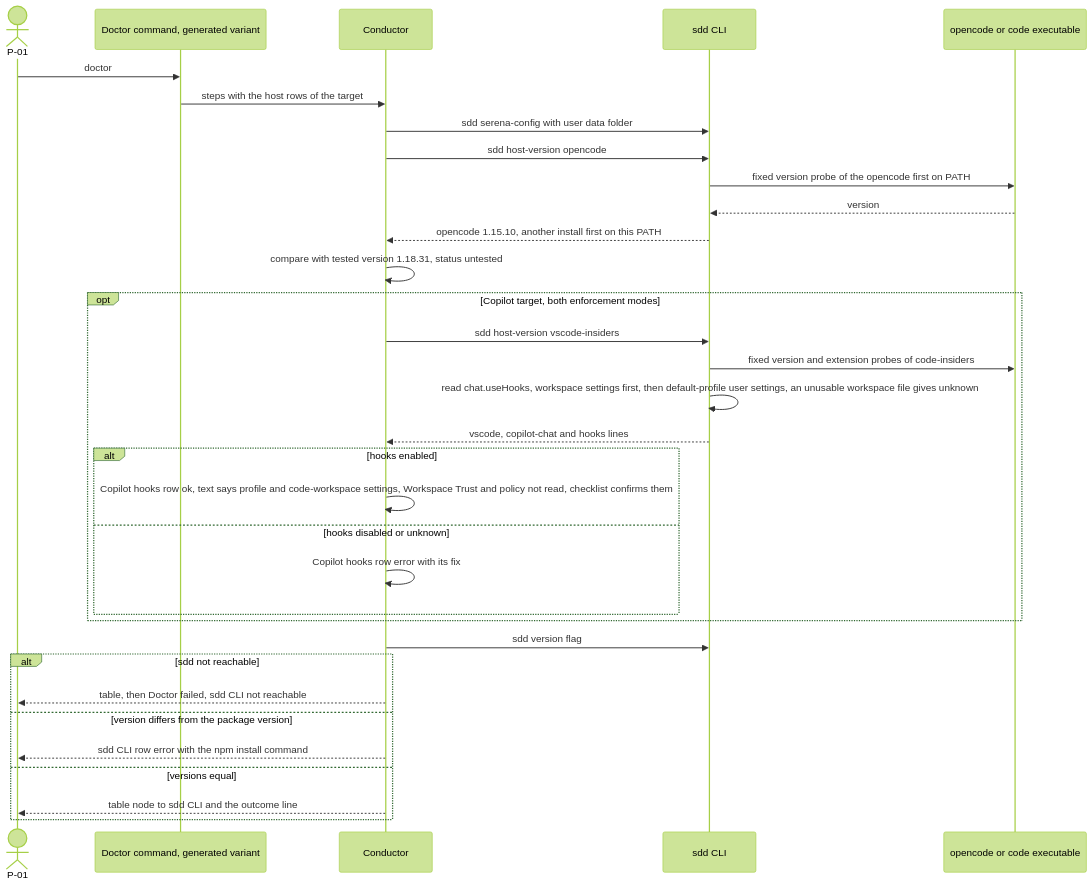
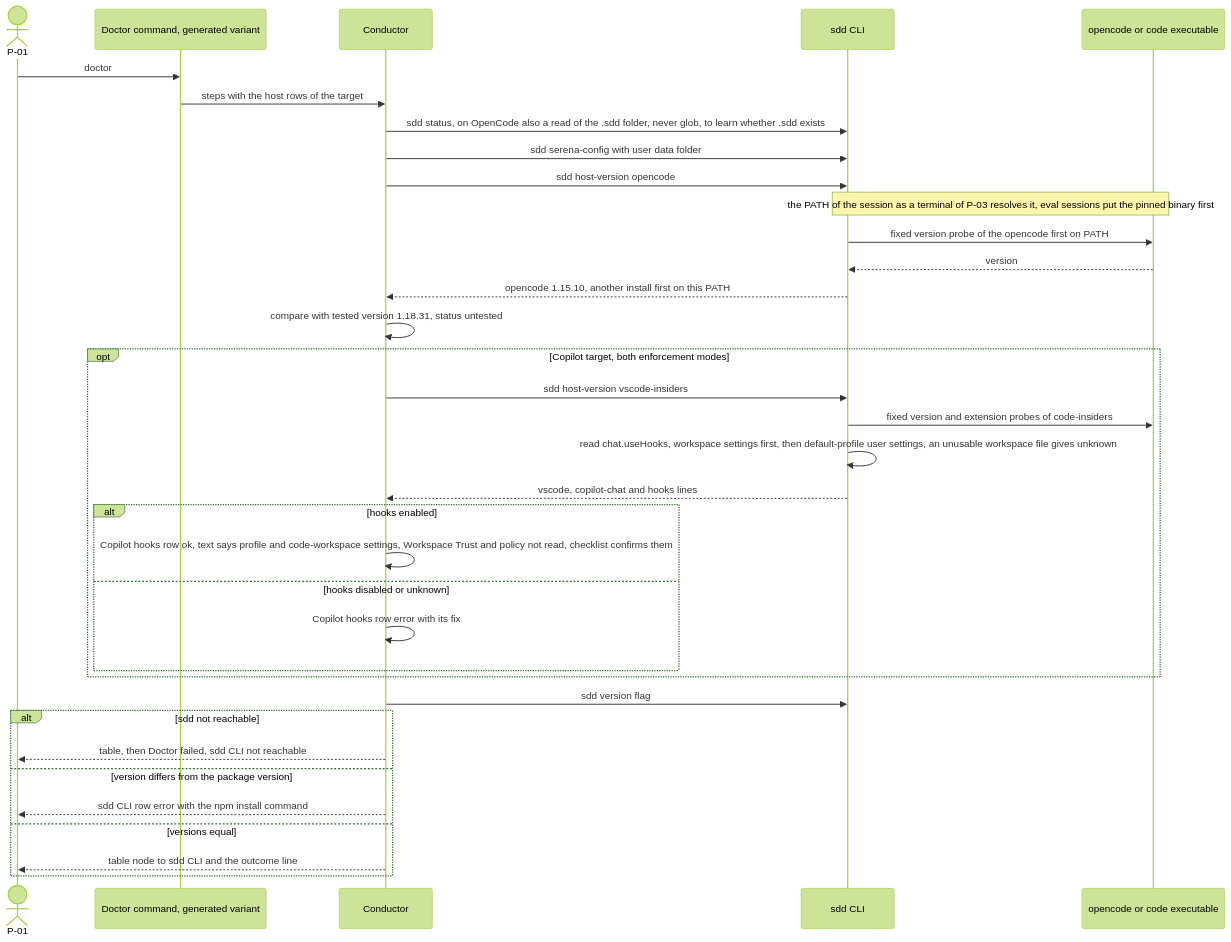
The ninth of 15 diagrams in .sdd/002-multi-platform-targets/10-spec/60-architecture/architecture.md (jlacube/spec-architect), drawn with Mermaid (forest theme) before and after one commit. The commit also changed other lines of this file and 10 other files, not shown here.

````diff
--- a/.sdd/002-multi-platform-targets/10-spec/60-architecture/architecture.md
+++ b/.sdd/002-multi-platform-targets/10-spec/60-architecture/architecture.md
@@ -729,36 +745,38 @@
 ```mermaid
 sequenceDiagram
   %% F8 doctor with host rows. Realizes C002-TS-506 C002-TS-509 C002-TS-513 C002-TS-515 C002-TS-516
   actor P01 as P-01
   participant C002_COMP_015 as Doctor command, generated variant
   participant C002_COMP_014 as Conductor
   participant C002_COMP_018 as sdd CLI
   participant HOST as opencode or code executable
   P01->>C002_COMP_015: doctor
   C002_COMP_015->>C002_COMP_014: steps with the host rows of the target
+  C002_COMP_014->>C002_COMP_018: sdd status, on OpenCode also a read of the .sdd folder, never glob, to learn whether .sdd exists
   C002_COMP_014->>C002_COMP_018: sdd serena-config with user data folder
   C002_COMP_014->>C002_COMP_018: sdd host-version opencode
+  Note over C002_COMP_018,HOST: the PATH of the session as a terminal of P-03 resolves it, eval sessions put the pinned binary first
   C002_COMP_018->>HOST: fixed version probe of the opencode first on PATH
   HOST-->>C002_COMP_018: version
   C002_COMP_018-->>C002_COMP_014: opencode 1.15.10, another install first on this PATH
   C002_COMP_014->>C002_COMP_014: compare with tested version 1.18.31, status untested
   opt Copilot target, both enforcement modes
     C002_COMP_014->>C002_COMP_018: sdd host-version vscode-insiders
     C002_COMP_018->>HOST: fixed version and extension probes of code-insiders
     C002_COMP_018->>C002_COMP_018: read chat.useHooks, workspace settings first, then default-profile user settings, an unusable workspace file gives unknown
     C002_COMP_018-->>C002_COMP_014: vscode, copilot-chat and hooks lines
     alt hooks enabled
       C002_COMP_014->>C002_COMP_014: Copilot hooks row ok, text says profile and code-workspace settings, Workspace Trust and policy not read, checklist confirms them
     else hooks disabled or unknown
       C002_COMP_014->>C002_COMP_014: Copilot hooks row error with its fix
     end
   end
   C002_COMP_014->>C002_COMP_018: sdd version flag
   alt sdd not reachable
     C002_COMP_014-->>P01: table, then Doctor failed, sdd CLI not reachable
   else version differs from the package version
     C002_COMP_014-->>P01: sdd CLI row error with the npm install command
   else versions equal
     C002_COMP_014-->>P01: table node to sdd CLI and the outcome line
   end
 ```
````
